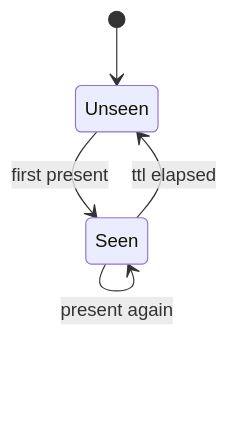
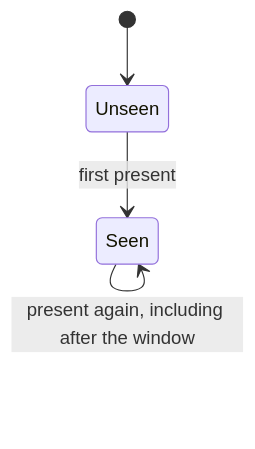
Diagram 13 of 20 in docs/state-machines.md (mysticalsin/secondary), drawn with Mermaid before and after one commit. The commit also changed other lines of this file and 7 other files, not shown here.

First line of the commit message:
Refuse a replay nonce after its window expires.

````diff
--- a/docs/state-machines.md
+++ b/docs/state-machines.md
@@ -742,7 +740,6 @@
 ```mermaid
 stateDiagram-v2
   [*] --> Unseen
   Unseen --> Seen: first present
-  Seen --> Seen: present again
-  Seen --> Unseen: ttl elapsed
+  Seen --> Seen: present again, including after the window
 ```
````
